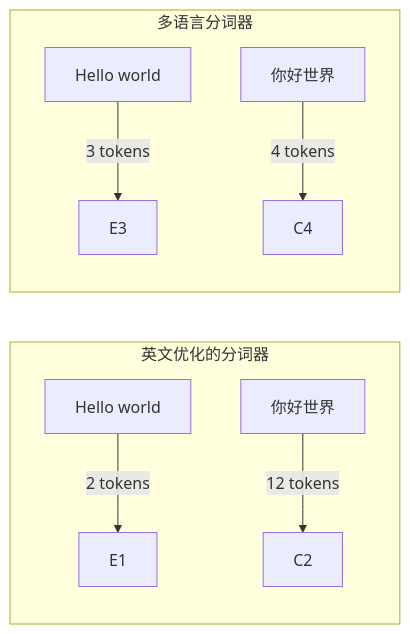
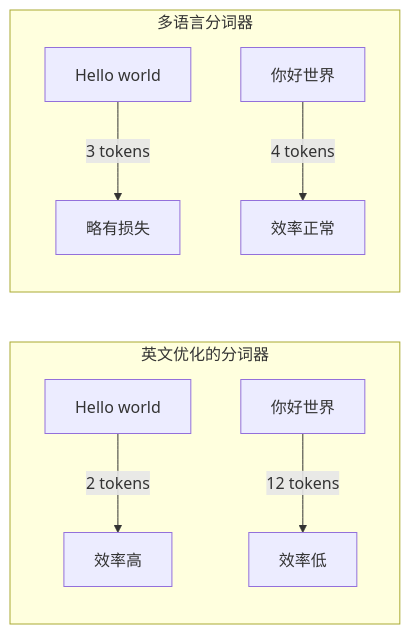
One commit to Xunzhuo/mini-sglang changed the eighth of 10 diagrams in learning/website/docs/basics/03-tokenization.md. Above: the diagram before and after it, drawn with Mermaid. The commit also changed other lines of this file and 9 other files, not shown here.

````diff
--- a/learning/website/docs/basics/03-tokenization.md
+++ b/learning/website/docs/basics/03-tokenization.md
@@ -323,12 +242,12 @@
 ```mermaid
 graph LR
     subgraph 英文优化的分词器
-        E["Hello world"] --> |2 tokens| E1
-        C1["你好世界"] --> |12 tokens| C2
+        E["Hello world"] --> |2 tokens| E1[效率高]
+        C1["你好世界"] --> |12 tokens| C2[效率低]
     end
     
     subgraph 多语言分词器
-        E2["Hello world"] --> |3 tokens| E3
-        C3["你好世界"] --> |4 tokens| C4
+        E2["Hello world"] --> |3 tokens| E3[略有损失]
+        C3["你好世界"] --> |4 tokens| C4[效率正常]
     end
 ```
````
